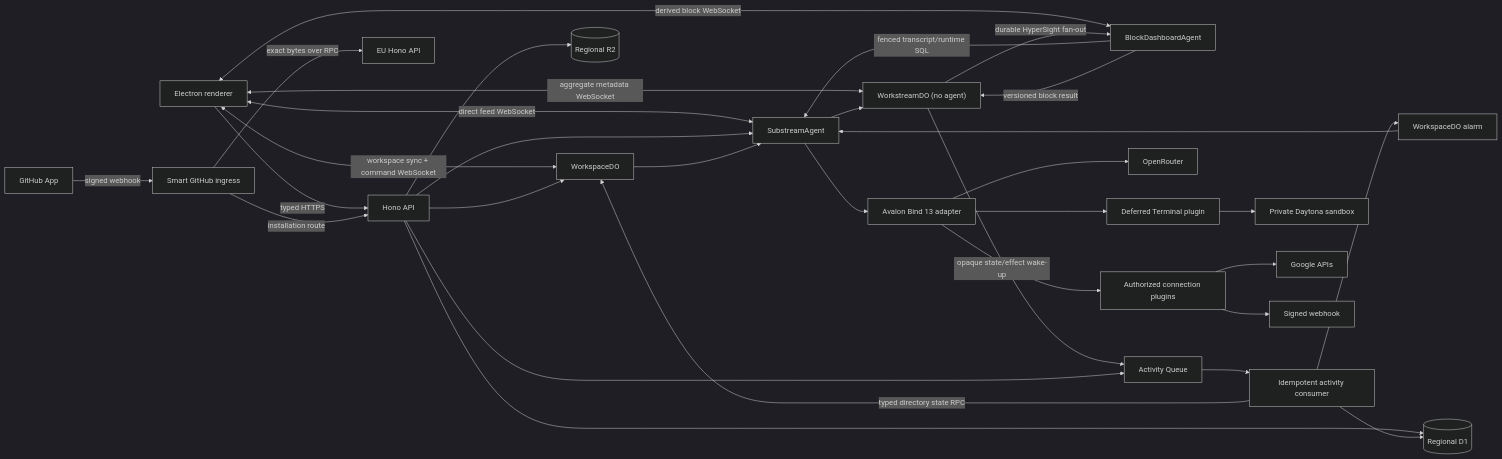
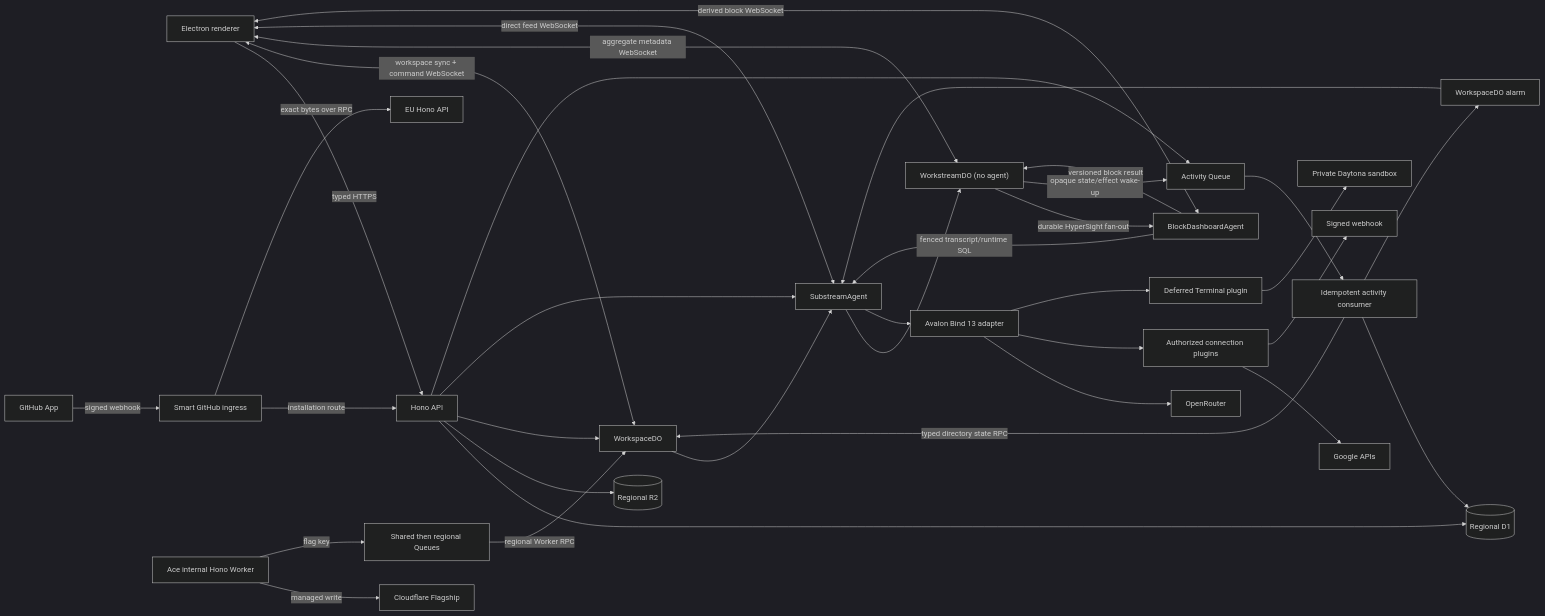
The diagram in docs/architecture.md (juno-ai-labs/avalon), drawn with Mermaid (dark theme) before and after one commit. The commit also changed other lines of this file and 74 other files, not shown here.

Commit message:
feat: add Ace-managed Electron feature flags

````diff
--- a/docs/architecture.md
+++ b/docs/architecture.md
@@ -84,34 +90,37 @@
 ```mermaid
 flowchart LR
   E["Electron renderer"] -->|"typed HTTPS"| H["Hono API"]
   E <-->|"workspace sync + command WebSocket"| WD["WorkspaceDO"]
   E <-->|"aggregate metadata WebSocket"| WS["WorkstreamDO (no agent)"]
   E <-->|"direct feed WebSocket"| SA["SubstreamAgent"]
   E <-->|"derived block WebSocket"| HB["BlockDashboardAgent"]
   WS -->|"durable HyperSight fan-out"| HB["BlockDashboardAgent"]
   HB -->|"fenced transcript/runtime SQL"| SA
   HB -->|"versioned block result"| WS
   H --> D[("Regional D1")]
   H --> B[("Regional R2")]
   H --> WD
   H --> SA
   WD --> SA
   SA --> WS
   WS -->|"opaque state/effect wake-up"| Q
   H --> Q["Activity Queue"]
   GH["GitHub App"] -->|"signed webhook"| GI["Smart GitHub ingress"]
   GI -->|"installation route"| H
   GI -->|"exact bytes over RPC"| EH["EU Hono API"]
   Q --> C["Idempotent activity consumer"]
   C -->|"typed directory state RPC"| WD
   C --> D
   C --> S["WorkspaceDO alarm"]
   S --> SA
   SA --> A["Avalon Bind 13 adapter"]
   A --> O["OpenRouter"]
   A --> T["Authorized connection plugins"]
   A --> X["Deferred Terminal plugin"]
+  ACE["Ace internal Hono Worker"] -->|"managed write"| FF["Cloudflare Flagship"]
+  ACE -->|"flag key"| FQ["Shared then regional Queues"]
+  FQ -->|"regional Worker RPC"| WD
   X --> DT["Private Daytona sandbox"]
   T --> G["Google APIs"]
   T --> M["Signed webhook"]
 ```
````
